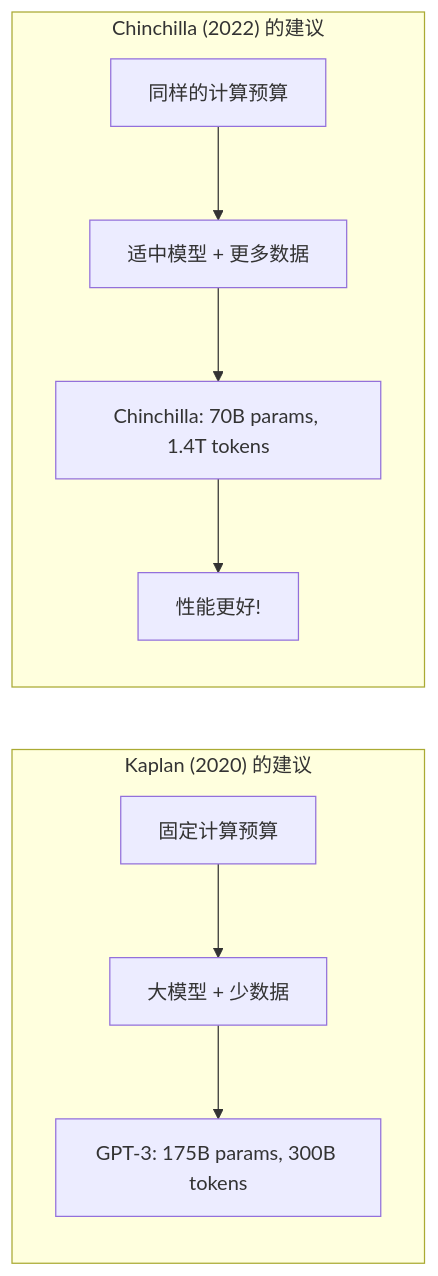
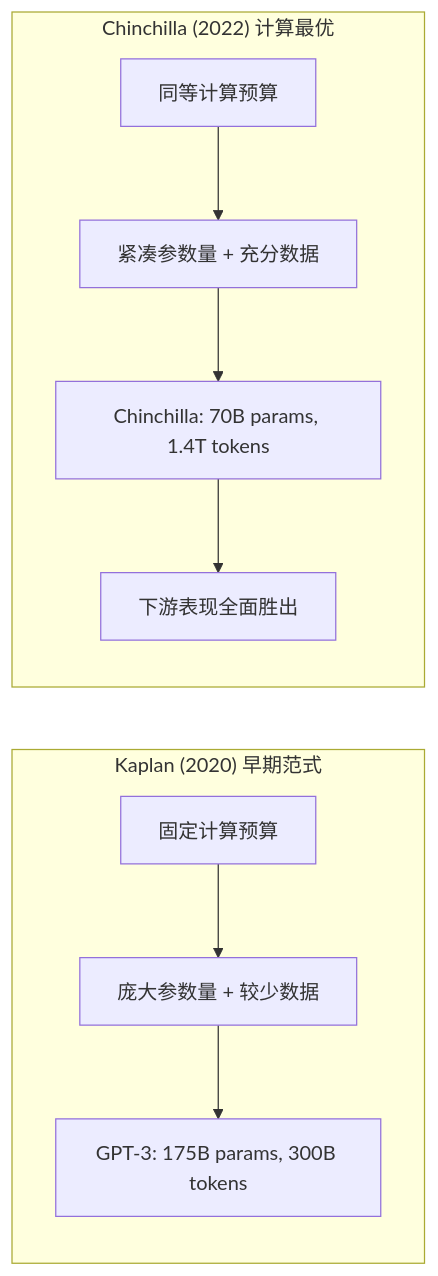
One commit to yingwang/thinking-in-llm changed the first of 4 diagrams in chapters/03-scaling.md. Above: the diagram before and after it, drawn with Mermaid. The commit also changed other lines of this file and 31 other files, not shown here.

````diff
--- a/chapters/03-scaling.md
+++ b/chapters/03-scaling.md
@@ -119,13 +118,13 @@
-```mermaid
-graph LR
-    subgraph "Kaplan (2020) 的建议"
-        K1["固定计算预算"] --> K2["大模型 + 少数据"]
-        K2 --> K3["GPT-3: 175B params, 300B tokens"]
-    end
-    
-    subgraph "Chinchilla (2022) 的建议"
-        C1["同样的计算预算"] --> C2["适中模型 + 更多数据"]
-        C2 --> C3["Chinchilla: 70B params, 1.4T tokens"]
-        C3 --> C4["性能更好!"]
-    end
-```
+ ```mermaid
+ graph LR
+     subgraph "Kaplan (2020) 早期范式"
+         K1["固定计算预算"] --> K2["庞大参数量 + 较少数据"]
+         K2 --> K3["GPT-3: 175B params, 300B tokens"]
+     end
+     
+     subgraph "Chinchilla (2022) 计算最优"
+         C1["同等计算预算"] --> C2["紧凑参数量 + 充分数据"]
+         C2 --> C3["Chinchilla: 70B params, 1.4T tokens"]
+         C3 --> C4["下游表现全面胜出"]
+     end
+ ```
````
